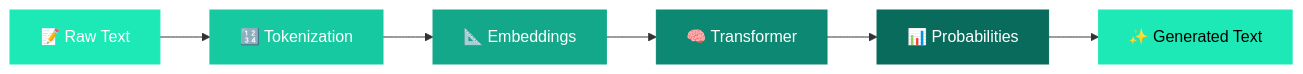
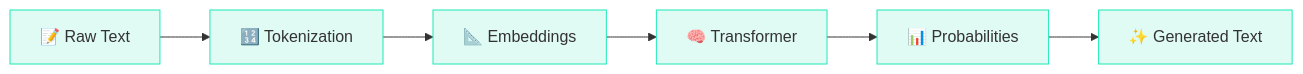
One commit to iamkhalid2/microgpt-course changed the diagram in docs/index.md. Above: the diagram before and after it, drawn with Mermaid. The commit also changed 21 other files, not shown here.

Commit message:
Fix Mermaid: remove hardcoded text color (theme-adaptive), add mobile scrolling, fix \\n to br

````diff
--- a/docs/index.md
+++ b/docs/index.md
@@ -25,15 +25,15 @@
 ```mermaid
 flowchart LR
     A["📝 Raw Text"] --> B["🔢 Tokenization"]
     B --> C["📐 Embeddings"]
     C --> D["🧠 Transformer"]
     D --> E["📊 Probabilities"]
     E --> F["✨ Generated Text"]
 
-    style A fill:#1de9b6,stroke:#1de9b6,color:#fff
-    style B fill:#17c9a0,stroke:#17c9a0,color:#fff
-    style C fill:#12a889,stroke:#12a889,color:#fff
-    style D fill:#0d8872,stroke:#0d8872,color:#fff
-    style E fill:#096b5b,stroke:#096b5b,color:#fff
-    style F fill:#1de9b6,stroke:#1de9b6,color:#000
+    style A fill:#e0faf4,stroke:#1de9b6
+    style B fill:#e0faf4,stroke:#1de9b6
+    style C fill:#e0faf4,stroke:#1de9b6
+    style D fill:#e0faf4,stroke:#1de9b6
+    style E fill:#e0faf4,stroke:#1de9b6
+    style F fill:#e0faf4,stroke:#1de9b6
 ```
````
